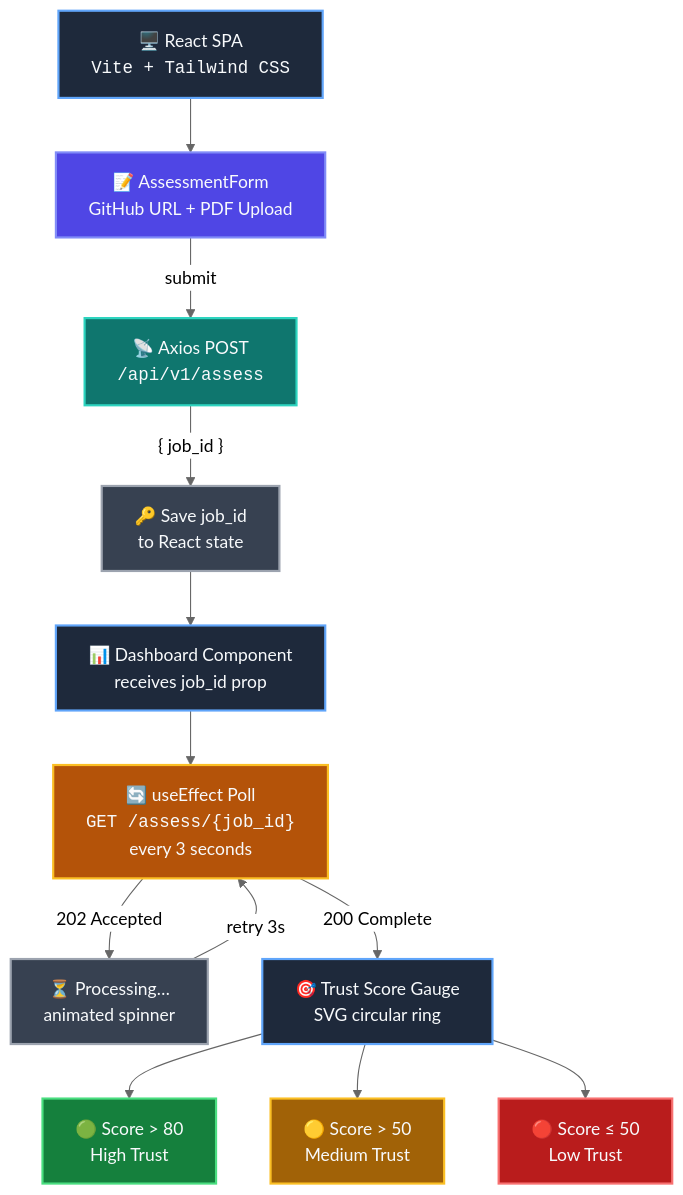
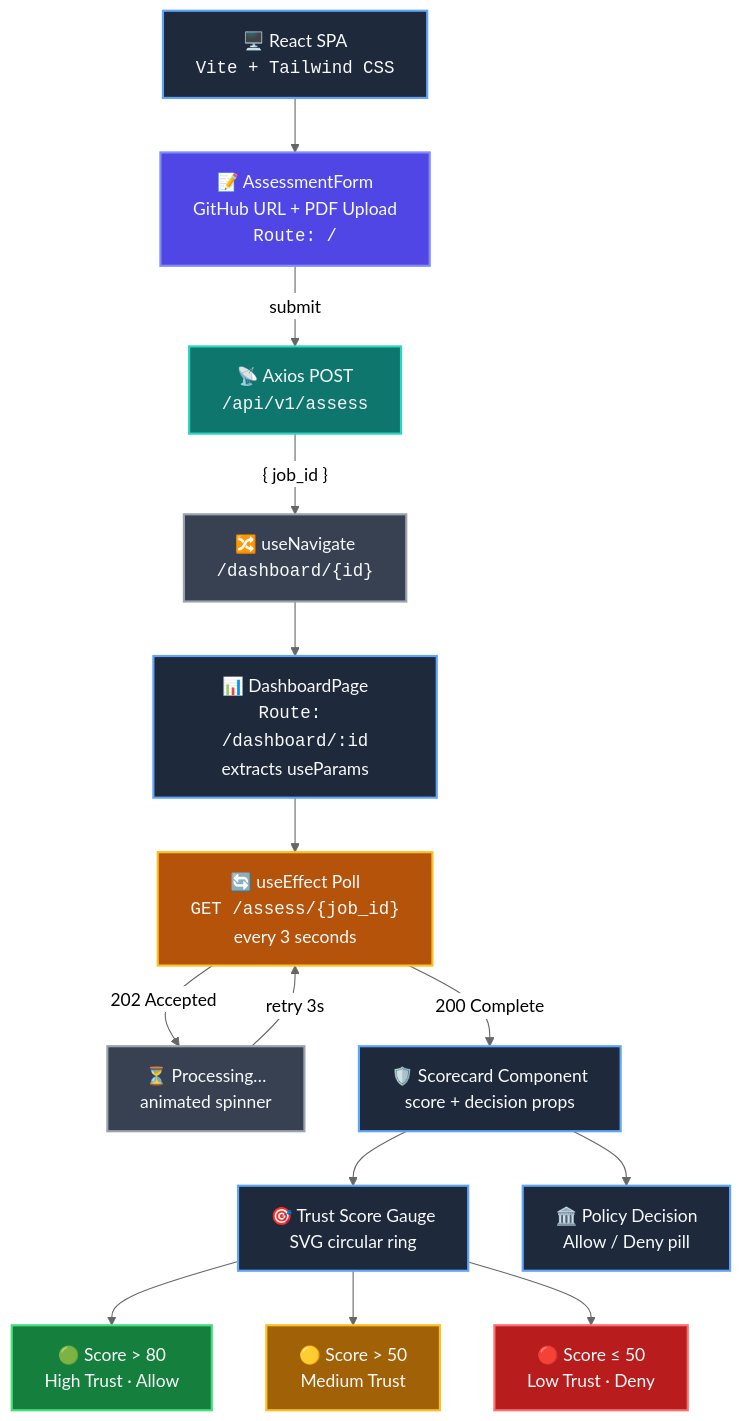
One commit to Nits02/aerae-accelerator changed the sixth of 6 diagrams in README.md. Above: the diagram before and after it, drawn with Mermaid (neutral theme). The commit also changed other lines of this file and 5 other files, not shown here.

First line of the commit message:
feat: add Scorecard component, DashboardPage route wrapper & two-route architecture

````diff
--- a/README.md
+++ b/README.md
@@ -259,35 +261,39 @@
 ```mermaid
 flowchart TD
     classDef uiStyle fill:#1e293b,stroke:#60a5fa,stroke-width:2px,color:#f8fafc
     classDef formStyle fill:#4f46e5,stroke:#818cf8,stroke-width:2px,color:#f8fafc
     classDef apiStyle fill:#0f766e,stroke:#2dd4bf,stroke-width:2px,color:#f8fafc
     classDef pollStyle fill:#b45309,stroke:#fbbf24,stroke-width:2px,color:#f8fafc
     classDef greenStyle fill:#15803d,stroke:#4ade80,stroke-width:2px,color:#f8fafc
     classDef yellowStyle fill:#a16207,stroke:#fbbf24,stroke-width:2px,color:#f8fafc
     classDef redStyle fill:#b91c1c,stroke:#f87171,stroke-width:2px,color:#f8fafc
     classDef stateStyle fill:#374151,stroke:#9ca3af,stroke-width:2px,color:#f8fafc
 
     UI["🖥️ React SPA<br><code>Vite + Tailwind CSS</code>"]:::uiStyle
-    FORM["📝 AssessmentForm<br>GitHub URL + PDF Upload"]:::formStyle
+    FORM["📝 AssessmentForm<br>GitHub URL + PDF Upload<br><code>Route: /</code>"]:::formStyle
     POST["📡 Axios POST<br><code>/api/v1/assess</code>"]:::apiStyle
-    JOB["🔑 Save job_id<br>to React state"]:::stateStyle
-    DASH["📊 Dashboard Component<br>receives job_id prop"]:::uiStyle
+    NAV["🔀 useNavigate<br><code>/dashboard/{id}</code>"]:::stateStyle
+    DASH["📊 DashboardPage<br><code>Route: /dashboard/:id</code><br>extracts useParams"]:::uiStyle
     POLL["🔄 useEffect Poll<br><code>GET /assess/{job_id}</code><br>every 3 seconds"]:::pollStyle
     PROC["⏳ Processing…<br>animated spinner"]:::stateStyle
+    CARD["🛡️ Scorecard Component<br>score + decision props"]:::uiStyle
     SCORE["🎯 Trust Score Gauge<br>SVG circular ring"]:::uiStyle
-    GREEN["🟢 Score > 80<br>High Trust"]:::greenStyle
+    GATE["🏛️ Policy Decision<br>Allow / Deny pill"]:::uiStyle
+    GREEN["🟢 Score > 80<br>High Trust · Allow"]:::greenStyle
     YELLOW["🟡 Score > 50<br>Medium Trust"]:::yellowStyle
-    RED["🔴 Score ≤ 50<br>Low Trust"]:::redStyle
+    RED["🔴 Score ≤ 50<br>Low Trust · Deny"]:::redStyle
 
     UI --> FORM
     FORM -->|"submit"| POST
-    POST -->|"{ job_id }"| JOB
-    JOB --> DASH
+    POST -->|"{ job_id }"| NAV
+    NAV --> DASH
     DASH --> POLL
     POLL -->|"202 Accepted"| PROC
     PROC -->|"retry 3s"| POLL
-    POLL -->|"200 Complete"| SCORE
+    POLL -->|"200 Complete"| CARD
+    CARD --> SCORE
+    CARD --> GATE
     SCORE --> GREEN
     SCORE --> YELLOW
     SCORE --> RED
 ```
````
